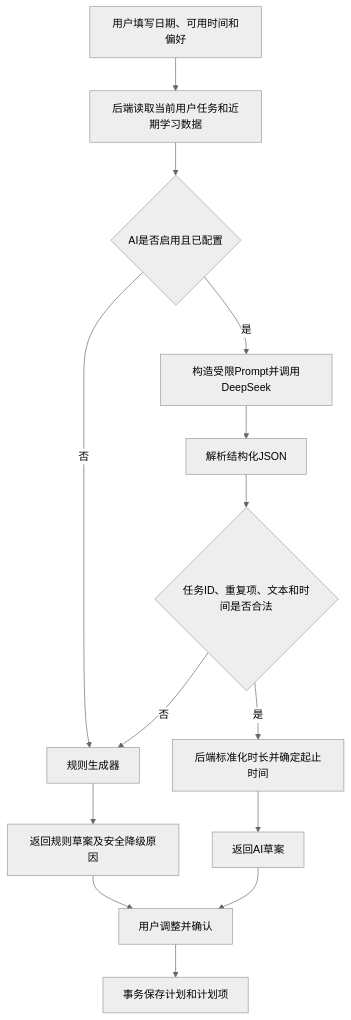
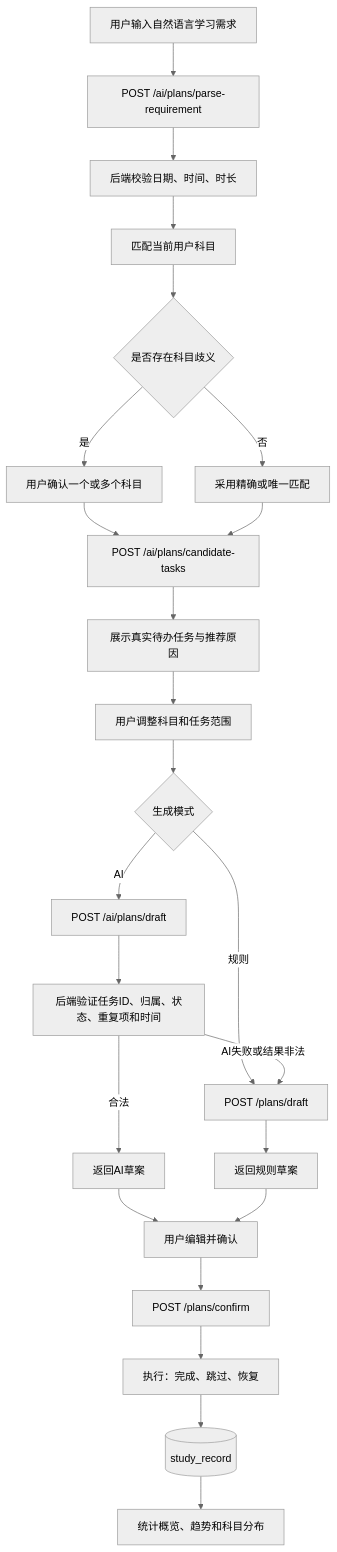
Before and after one commit to z1x2c3v4b5n6/AIStudyPlannerAgent: the second of 2 diagrams in README.md, drawn with Mermaid (neutral theme). The commit also changed other lines of this file and 5 other files, not shown here.

````diff
--- a/README.md
+++ b/README.md
@@ -43,16 +58,26 @@
 ```mermaid
 flowchart TD
-    A[用户填写日期、可用时间和偏好] --> B[后端读取当前用户任务和近期学习数据]
-    B --> C{AI是否启用且已配置}
-    C -- 否 --> R[规则生成器]
-    C -- 是 --> D[构造受限Prompt并调用DeepSeek]
-    D --> E[解析结构化JSON]
-    E --> F{任务ID、重复项、文本和时间是否合法}
-    F -- 否 --> R
-    F -- 是 --> G[后端标准化时长并确定起止时间]
-    G --> H[返回AI草案]
-    R --> I[返回规则草案及安全降级原因]
-    H --> J[用户调整并确认]
-    I --> J
-    J --> K[事务保存计划和计划项]
+    A[用户输入自然语言学习需求] --> B[POST /ai/plans/parse-requirement]
+    B --> C[后端校验日期、时间、时长]
+    C --> D[匹配当前用户科目]
+    D --> E{是否存在科目歧义}
+    E -- 是 --> F[用户确认一个或多个科目]
+    E -- 否 --> G[采用精确或唯一匹配]
+    F --> H[POST /ai/plans/candidate-tasks]
+    G --> H
+    H --> I[展示真实待办任务与推荐原因]
+    I --> J[用户调整科目和任务范围]
+    J --> K{生成模式}
+    K -- AI --> L[POST /ai/plans/draft]
+    K -- 规则 --> M[POST /plans/draft]
+    L --> N[后端验证任务ID、归属、状态、重复项和时间]
+    N -- AI失败或结果非法 --> M
+    N -- 合法 --> O[返回AI草案]
+    M --> P[返回规则草案]
+    O --> Q[用户编辑并确认]
+    P --> Q
+    Q --> R[POST /plans/confirm]
+    R --> S[执行：完成、跳过、恢复]
+    S --> T[(study_record)]
+    T --> U[统计概览、趋势和科目分布]
 ```
````
